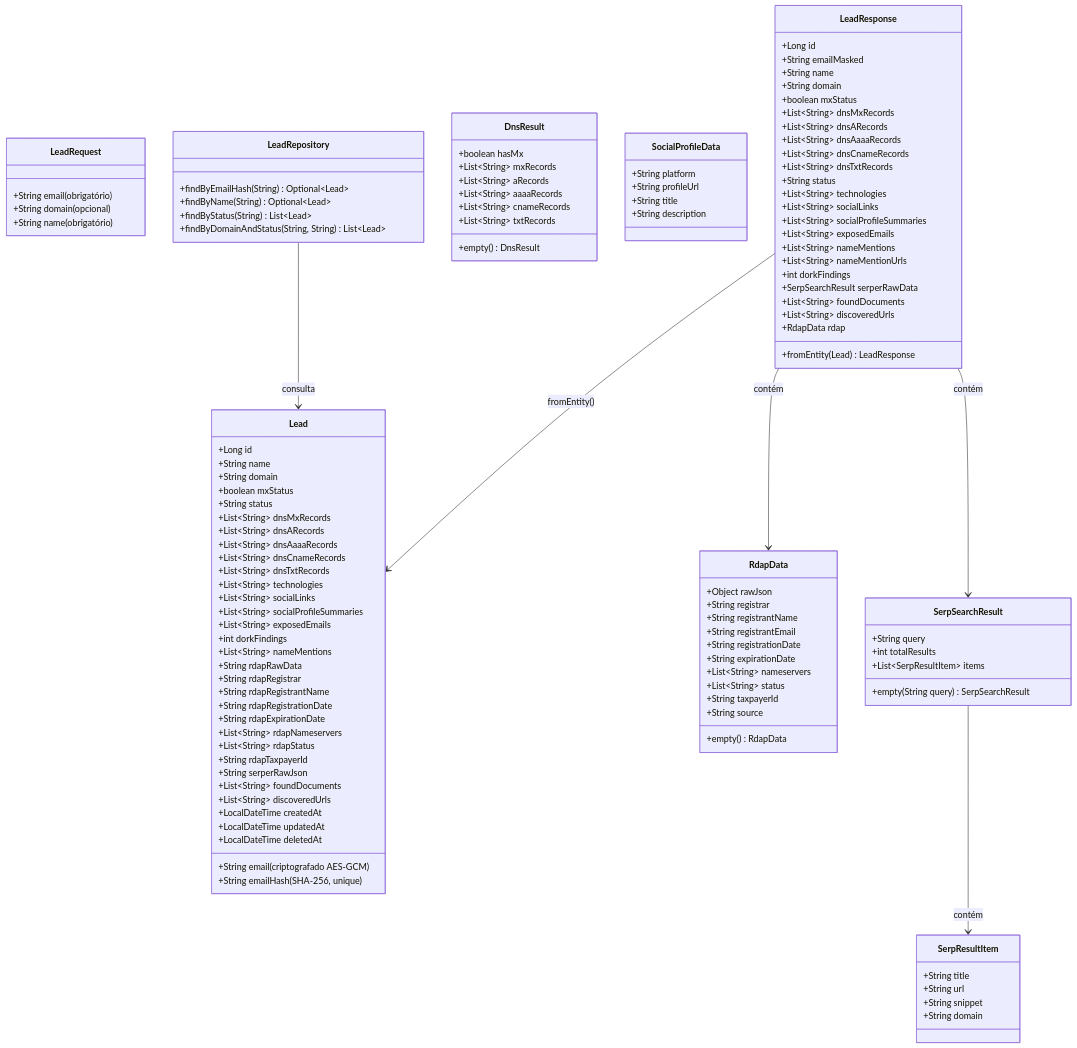
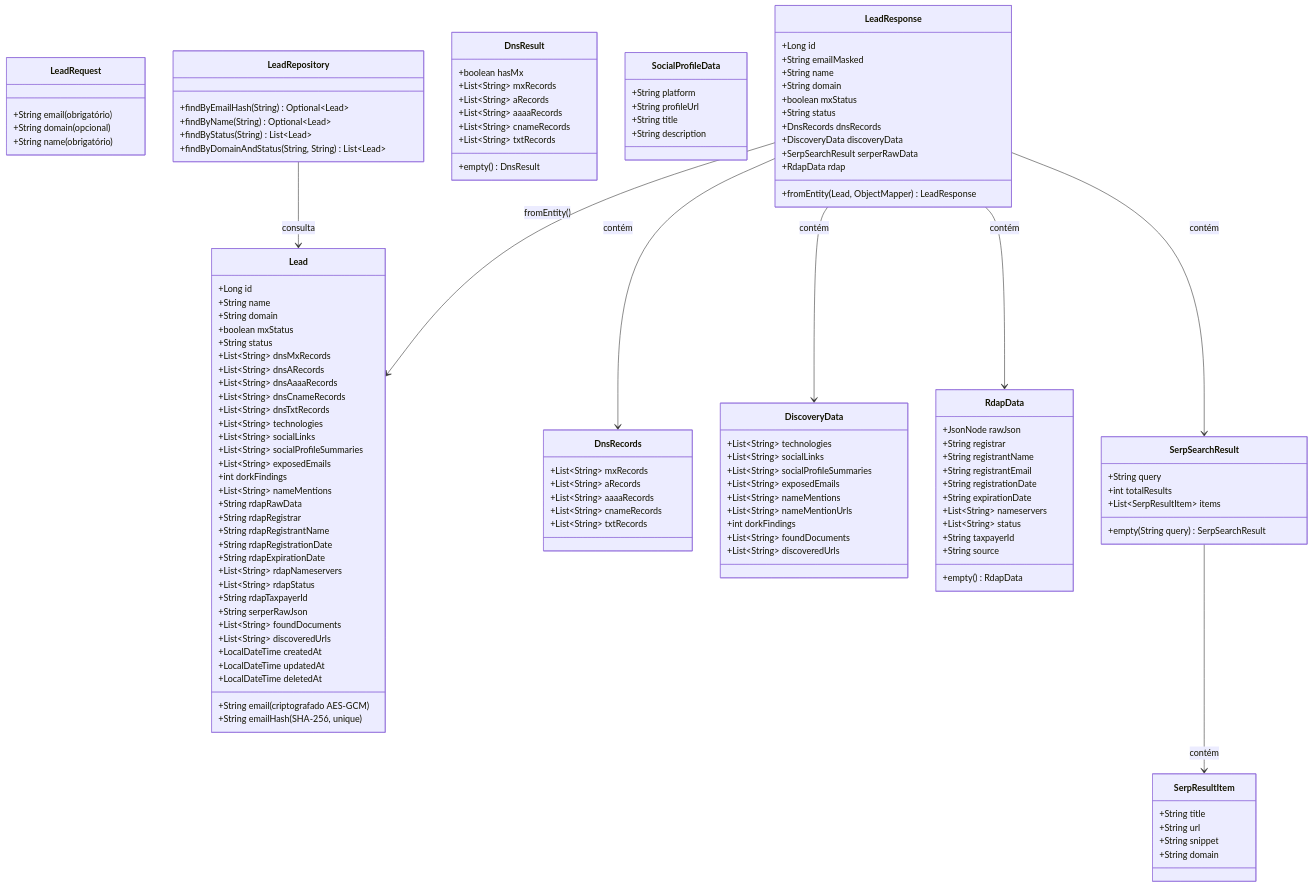
Before and after one commit to pdrodavi/lead-enrichment-api: the second of 3 diagrams in docs/diagrams/mermaid-componentes-sequencia.md, drawn with Mermaid. The commit also changed other lines of this file and 32 other files, not shown here.

```diff
--- a/docs/diagrams/mermaid-componentes-sequencia.md
+++ b/docs/diagrams/mermaid-componentes-sequencia.md
@@ -126,12 +144,23 @@
         +String name
         +String domain
         +boolean mxStatus
-        +List~String~ dnsMxRecords
-        +List~String~ dnsARecords
-        +List~String~ dnsAaaaRecords
-        +List~String~ dnsCnameRecords
-        +List~String~ dnsTxtRecords
         +String status
+        +DnsRecords dnsRecords
+        +DiscoveryData discoveryData
+        +SerpSearchResult serperRawData
+        +RdapData rdap
+        +fromEntity(Lead, ObjectMapper) LeadResponse
+    }
+
+    class DnsRecords {
+        +List~String~ mxRecords
+        +List~String~ aRecords
+        +List~String~ aaaaRecords
+        +List~String~ cnameRecords
+        +List~String~ txtRecords
+    }
+
+    class DiscoveryData {
         +List~String~ technologies
         +List~String~ socialLinks
         +List~String~ socialProfileSummaries
@@ -139,11 +168,8 @@
         +List~String~ nameMentions
         +List~String~ nameMentionUrls
         +int dorkFindings
-        +SerpSearchResult serperRawData
         +List~String~ foundDocuments
         +List~String~ discoveredUrls
-        +RdapData rdap
-        +fromEntity(Lead) LeadResponse
     }
 
     class DnsResult {
@@ -157,7 +183,7 @@
     }
 
     class RdapData {
-        +Object rawJson
+        +JsonNode rawJson
         +String registrar
         +String registrantName
         +String registrantEmail
@@ -200,6 +226,8 @@
 
     LeadRepository --> Lead : consulta
     LeadResponse --> Lead : fromEntity()
+    LeadResponse --> DnsRecords : contém
+    LeadResponse --> DiscoveryData : contém
     LeadResponse --> RdapData : contém
     LeadResponse --> SerpSearchResult : contém
     SerpSearchResult --> SerpResultItem : contém
```
